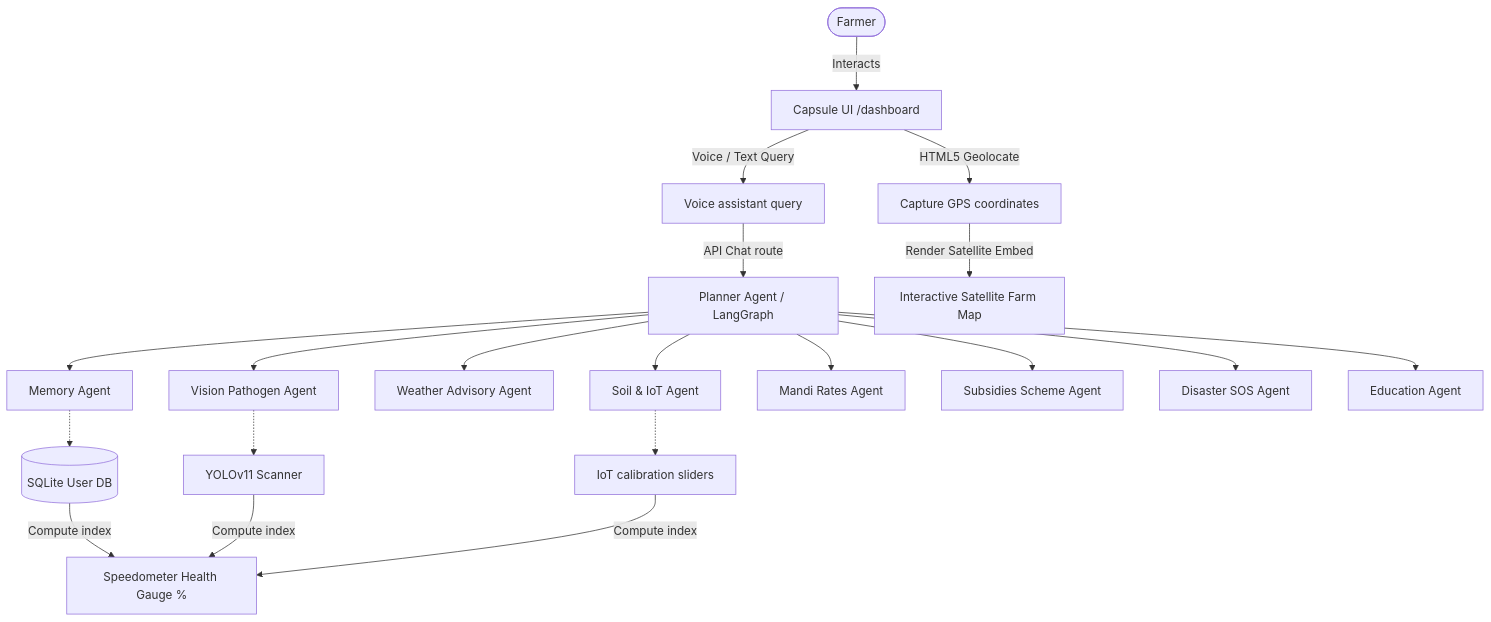
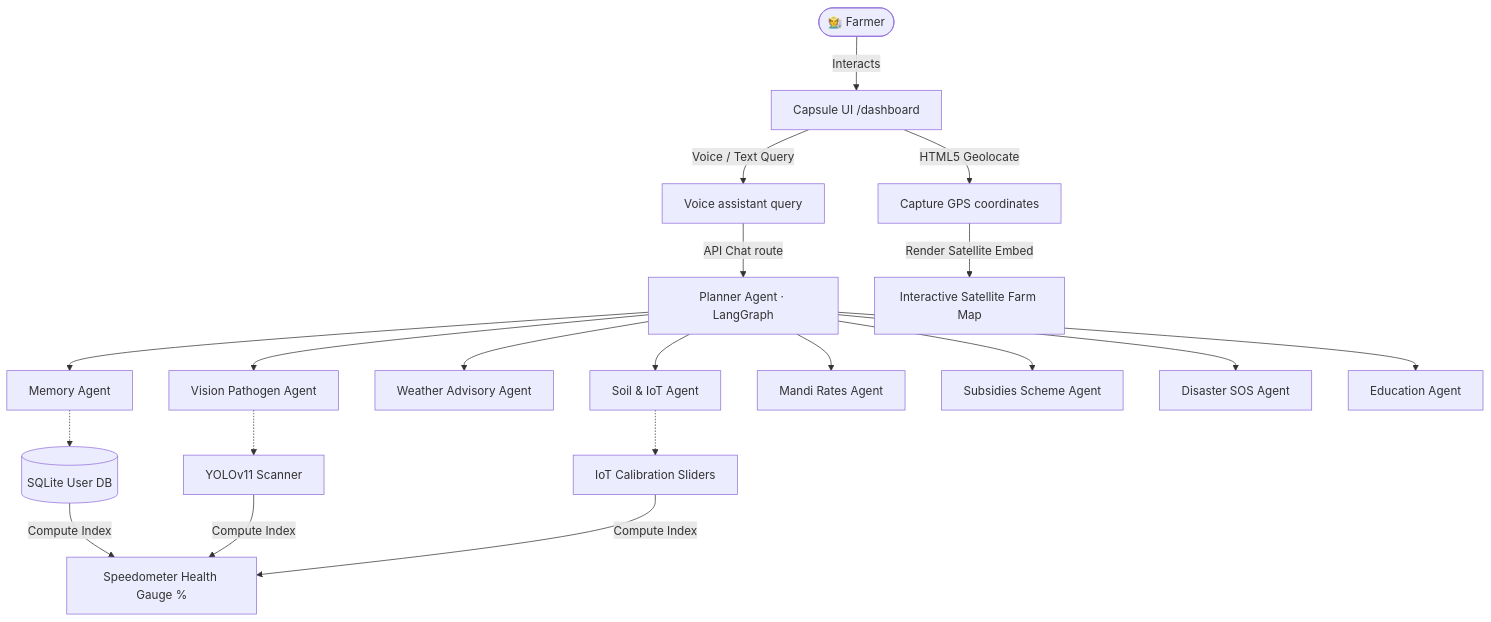
The diagram in README.md (SRV-KILLER09/KisaanMitr), drawn with Mermaid before and after one commit. The commit also changed other lines of this file, not shown here.

````diff
--- a/README.md
+++ b/README.md
@@ -46,23 +111,23 @@
 ```mermaid
 graph TD
-    User([Farmer]) -->|Interacts| UI[Capsule UI /dashboard]
+    User([🧑‍🌾 Farmer]) -->|Interacts| UI[Capsule UI /dashboard]
     UI -->|HTML5 Geolocate| GPS[Capture GPS coordinates]
     UI -->|Voice / Text Query| Voice[Voice assistant query]
-    Voice -->|API Chat route| Planner[Planner Agent / LangGraph]
-    
+    Voice -->|API Chat route| Planner[Planner Agent · LangGraph]
+
     Planner --> Memory[Memory Agent]
     Planner --> Vision[Vision Pathogen Agent]
     Planner --> Weather[Weather Advisory Agent]
     Planner --> Soil[Soil & IoT Agent]
     Planner --> Market[Mandi Rates Agent]
     Planner --> Schemes[Subsidies Scheme Agent]
     Planner --> SOS[Disaster SOS Agent]
     Planner --> Academy[Education Agent]
-    
+
     Memory -.-> SQLite[(SQLite User DB)]
-    Soil -.-> Sliders[IoT calibration sliders]
+    Soil -.-> Sliders[IoT Calibration Sliders]
     Vision -.-> YOLO[YOLOv11 Scanner]
-    
-    SQLite & YOLO & Sliders -->|Compute index| Health[Speedometer Health Gauge %]
+
+    SQLite & YOLO & Sliders -->|Compute Index| Health[Speedometer Health Gauge %]
     GPS -->|Render Satellite Embed| FarmMap[Interactive Satellite Farm Map]
 ```
````
